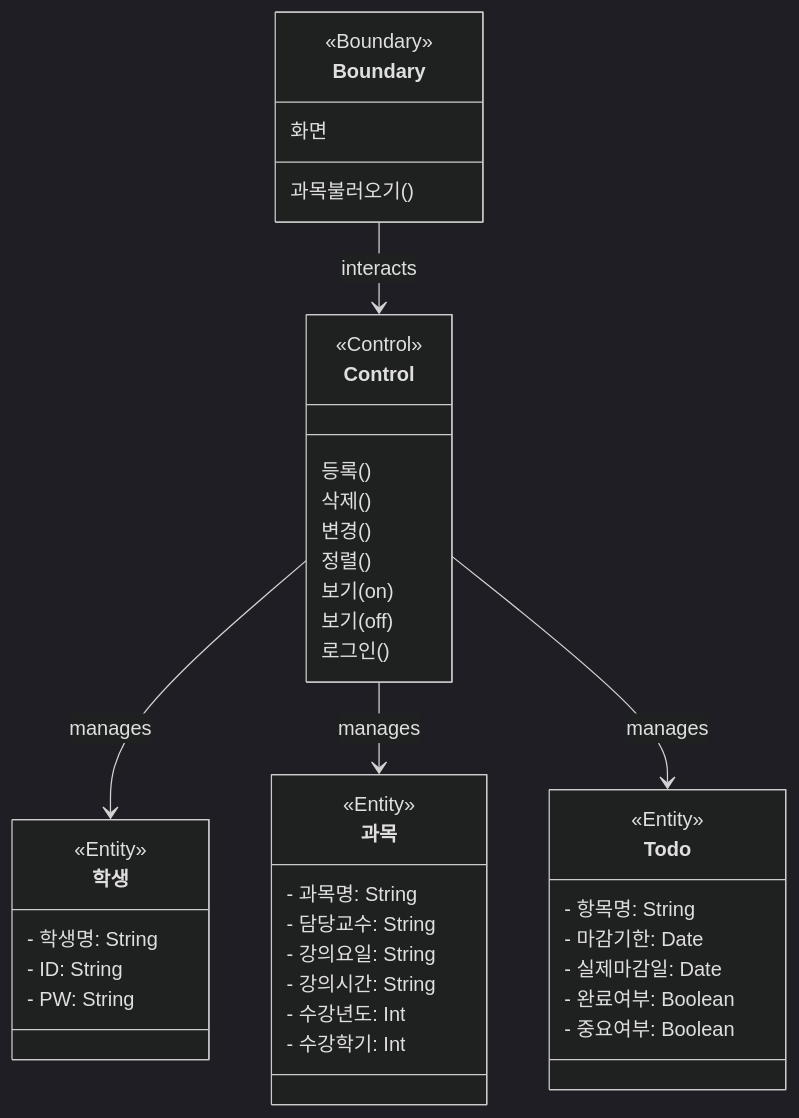
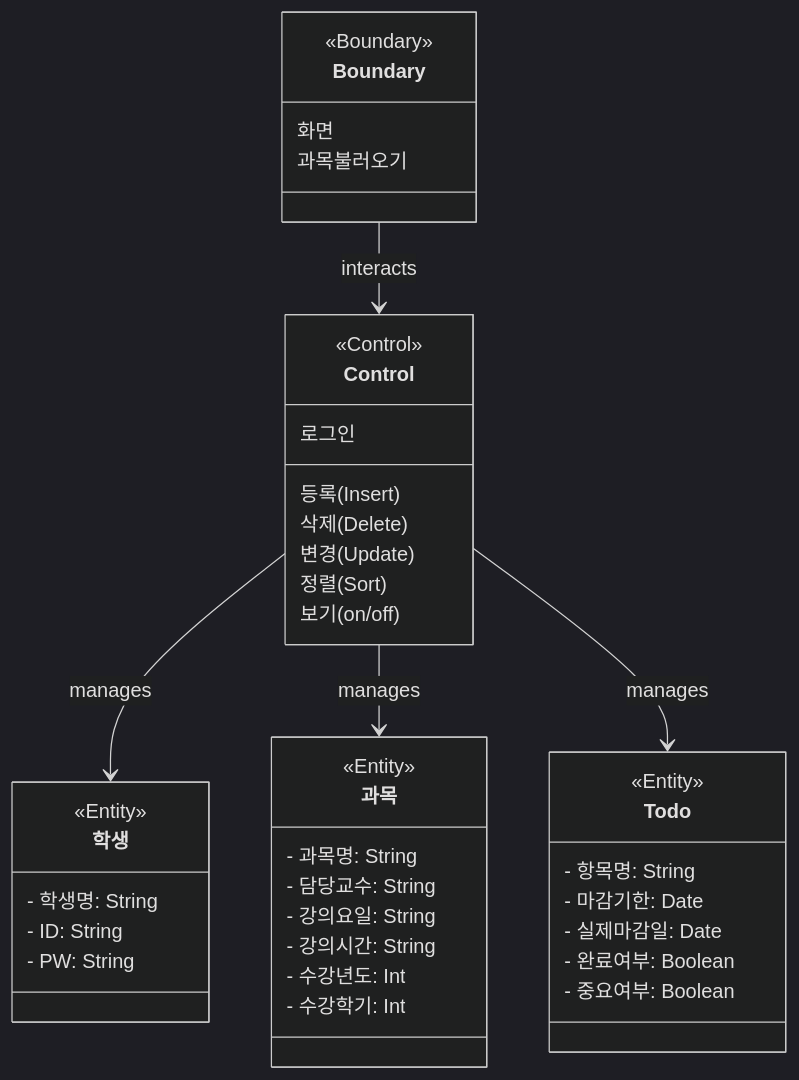
One commit to tjfdnjfch/classDiagram changed the diagram in classDiagram.mmd. Above: the diagram before and after it, drawn with Mermaid (dark theme).

```diff
--- a/classDiagram.mmd
+++ b/classDiagram.mmd
@@ -1,48 +1,47 @@
 classDiagram
     class Boundary {
         <<Boundary>>
         화면
-        과목불러오기()
+        과목불러오기
     }
 
     class Control {
         <<Control>>
-        등록()
-        삭제()
-        변경()
-        정렬()
-        보기(on)
-        보기(off)
-        로그인()
+        등록(Insert)
+        삭제(Delete)
+        변경(Update)
+        정렬(Sort)
+        보기(on/off)
+        로그인
     }
 
     class 학생 {
         <<Entity>>
         - 학생명: String
         - ID: String
         - PW: String
     }
 
     class 과목 {
         <<Entity>>
         - 과목명: String
         - 담당교수: String
         - 강의요일: String
         - 강의시간: String
         - 수강년도: Int
         - 수강학기: Int
     }
 
     class Todo {
         <<Entity>>
         - 항목명: String
         - 마감기한: Date
         - 실제마감일: Date
         - 완료여부: Boolean
         - 중요여부: Boolean
     }
 
     Boundary --> Control : interacts
     Control --> 학생 : manages
     Control --> 과목 : manages
     Control --> Todo : manages
```
